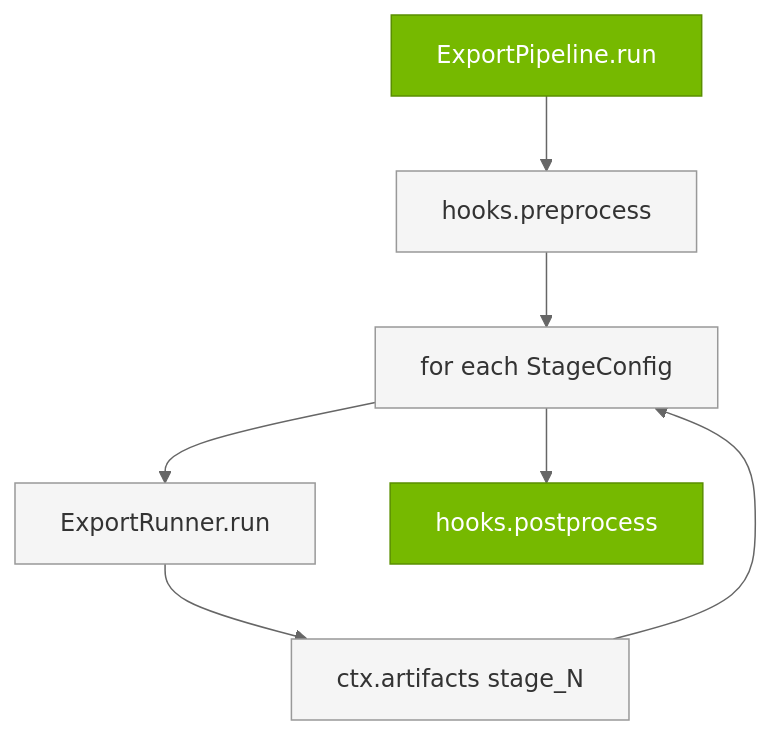
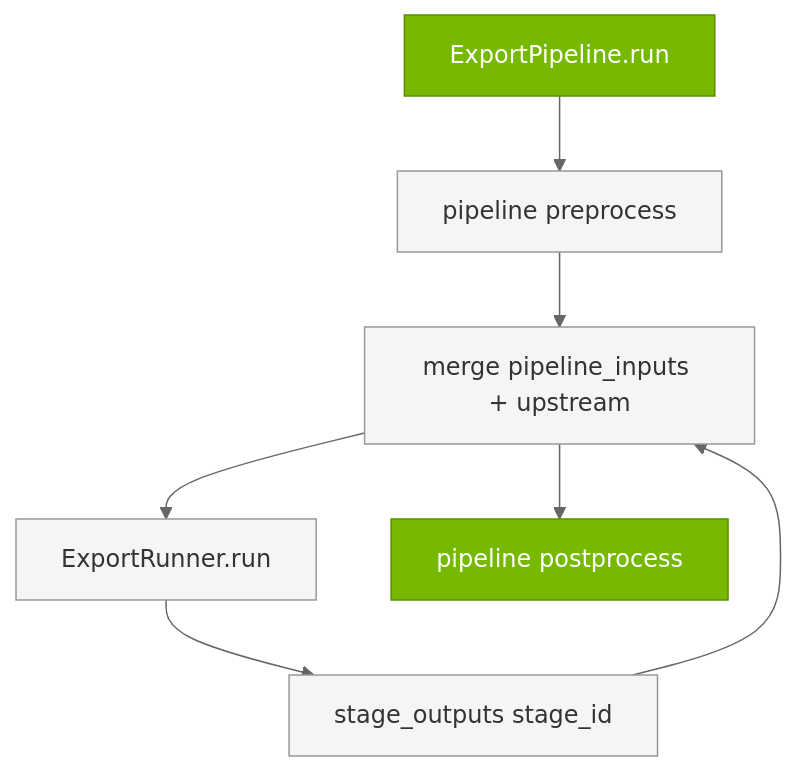
The first of 2 diagrams in docs/source/developer_guide/architecture/export-pipeline.rst (micwill755/TRT-VLA-Lowering), drawn with Mermaid before and after one commit. The commit also changed other lines of this file and 98 other files, not shown here.

```diff
--- a/docs/source/developer_guide/architecture/export-pipeline.rst
+++ b/docs/source/developer_guide/architecture/export-pipeline.rst
@@ -10,20 +12,20 @@
 .. mermaid::
 
    %%{init: {'theme':'neutral', 'themeVariables': {'primaryColor':'#76B900','primaryTextColor':'#fff','primaryBorderColor':'#5a8f00','lineColor':'#666','edgeLabelBackground':'#ffffff','labelTextColor':'#000','clusterBkg':'#ffffff','clusterBorder':'#999'}}}%%
    graph TB
        START[ExportPipeline.run]
-       PRE[hooks.preprocess]
-       LOOP[for each StageConfig]
+       PRE[pipeline preprocess]
+       MERGE[merge pipeline_inputs + upstream]
        RUN[ExportRunner.run]
-       ART[ctx.artifacts stage_N]
-       POST[hooks.postprocess]
+       OUT[stage_outputs stage_id]
+       POST[pipeline postprocess]
 
-       START --> PRE --> LOOP --> RUN --> ART
-       ART --> LOOP
-       LOOP --> POST
+       START --> PRE --> MERGE --> RUN --> OUT
+       OUT --> MERGE
+       MERGE --> POST
 
        classDef nvNode fill:#76B900,stroke:#5a8f00,stroke-width:1px,color:#fff
        classDef greyNode fill:#f5f5f5,stroke:#999,stroke-width:1px,color:#333
 
        class START,POST nvNode
-       class PRE,LOOP,RUN,ART greyNode
+       class PRE,MERGE,RUN,OUT greyNode
```
